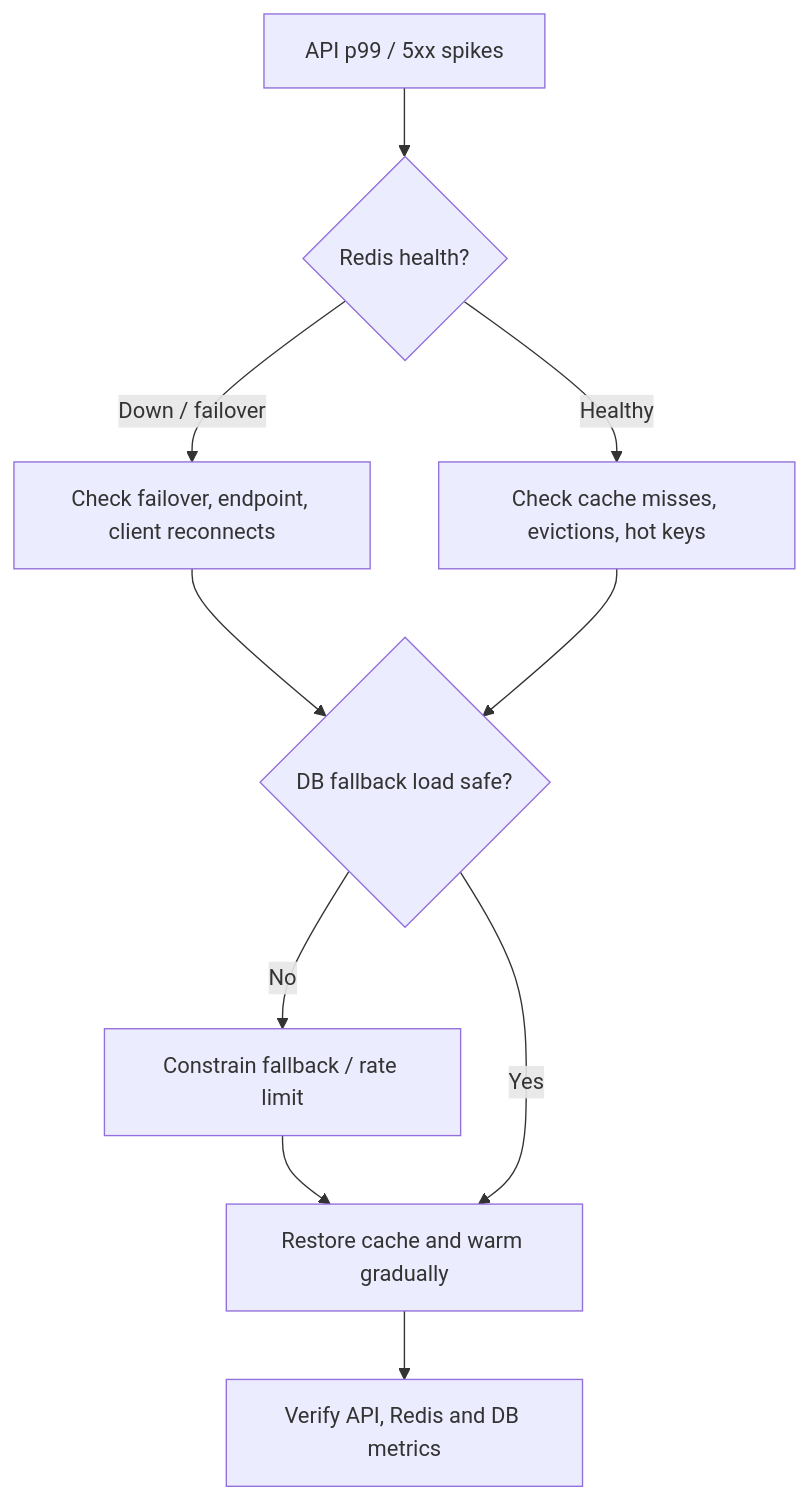
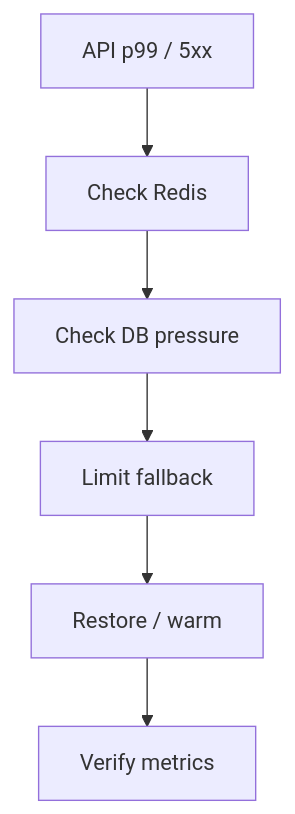
One commit to Johnybritto/system_design changed diagram 14 of 14 in system_design_notes/04_caching_strategies_redis_ha_failure_recovery_interview_notes.md. Above: the diagram before and after it, drawn with Mermaid. The commit also changed other lines of this file, not shown here.

Commit message:
docs: align caching guide with chat Q&A and simplify Mermaid diagrams

````diff
--- a/system_design_notes/04_caching_strategies_redis_ha_failure_recovery_interview_notes.md
+++ b/system_design_notes/04_caching_strategies_redis_ha_failure_recovery_interview_notes.md
@@ -450,17 +446,8 @@
 ```mermaid
 flowchart TD
-  A["API p99 / 5xx spikes"]
-  B{"Redis health?"}
-  C["Check failover, endpoint, client reconnects"]
-  D{"DB fallback load safe?"}
-  E["Constrain fallback / rate limit"]
-  F["Check cache misses, evictions, hot keys"]
-  G["Restore cache and warm gradually"]
-  H["Verify API, Redis and DB metrics"]
-  A --> B
-  B -->|"Down / failover"| C --> D
-  B -->|"Healthy"| F --> D
-  D -->|"No"| E --> G
-  D -->|"Yes"| G
-  G --> H
+  A["API p99 / 5xx"] --> B["Check Redis"]
+  B --> C["Check DB pressure"]
+  C --> D["Limit fallback"]
+  D --> E["Restore / warm"]
+  E --> F["Verify metrics"]
 ```
````
